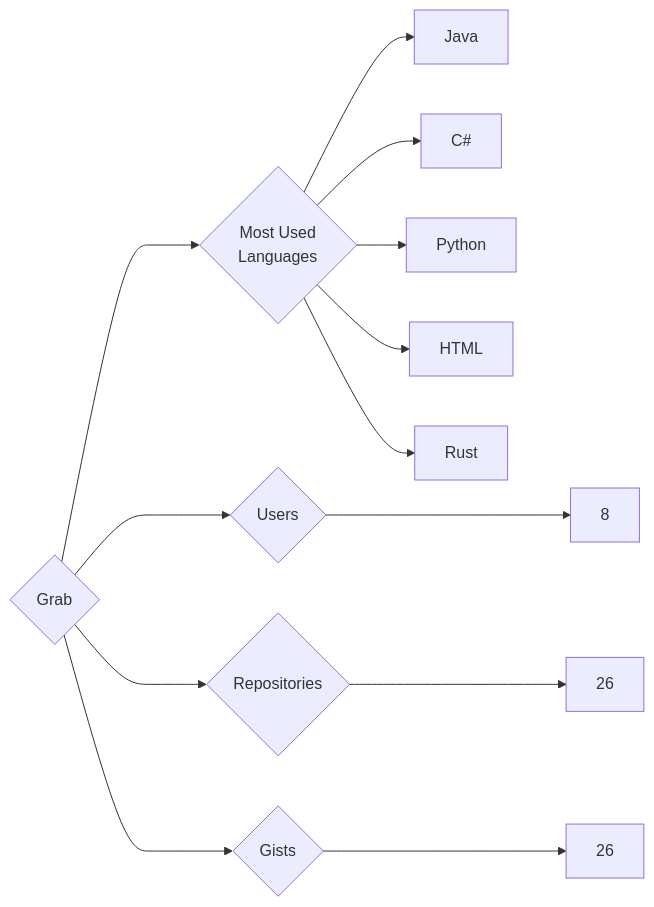
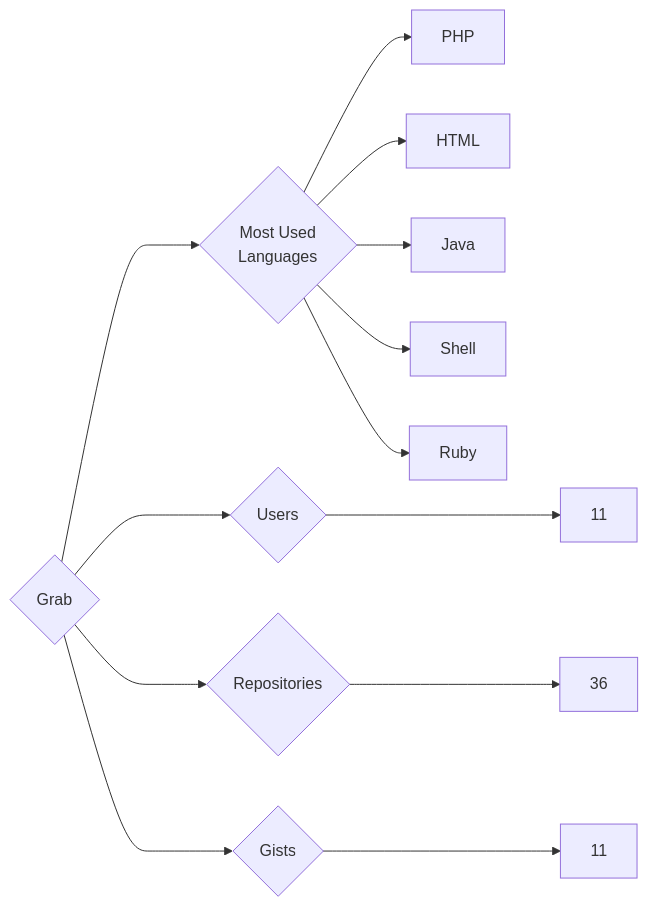
The diagram in targets/Grab/README.md (trickest/insiders), drawn with Mermaid before and after one commit. The commit also changed 618 other files, not shown here.

````diff
--- a/targets/Grab/README.md
+++ b/targets/Grab/README.md
@@ -3,13 +3,13 @@
 ```mermaid
 graph LR
 COMPANY_NAME{Grab}
-COMPANY_NAME ---> U{Users} ---> UN[8]
-COMPANY_NAME ---> R{Repositories} ---> RN[26]
-COMPANY_NAME ---> G{Gists} ---> GN[26]
+COMPANY_NAME ---> U{Users} ---> UN[11]
+COMPANY_NAME ---> R{Repositories} ---> RN[36]
+COMPANY_NAME ---> G{Gists} ---> GN[11]
 COMPANY_NAME ---> ML{Most Used<br>Languages}
+ML --> PHP[PHP]
+ML --> HTML[HTML]
 ML --> Java[Java]
-ML --> C#[C#]
-ML --> Python[Python]
-ML --> HTML[HTML]
-ML --> Rust[Rust]
+ML --> Shell[Shell]
+ML --> Ruby[Ruby]
 ```
````
